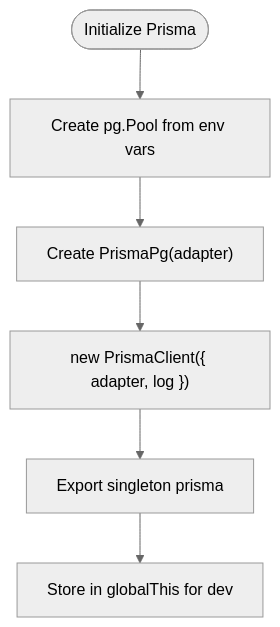
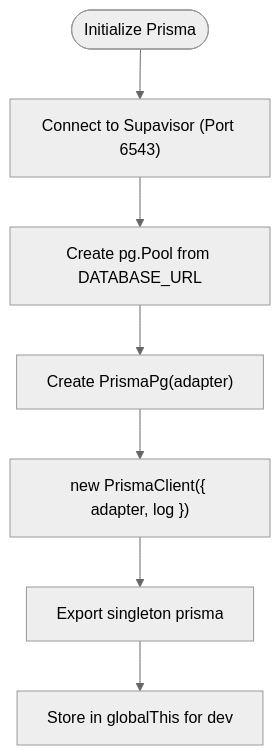
One commit to AlexKutz/math-app-next-js changed the fourth of 11 diagrams in .qoder/repowiki/en/content/Architecture & Design/Database Design & Integration.md. Above: the diagram before and after it, drawn with Mermaid (neutral theme). The commit also changed other lines of this file and 9 other files, not shown here.

````diff
--- a/.qoder/repowiki/en/content/Architecture & Design/Database Design & Integration.md
+++ b/.qoder/repowiki/en/content/Architecture & Design/Database Design & Integration.md
@@ -255,8 +280,9 @@
 ```mermaid
 flowchart TD
-Start(["Initialize Prisma"]) --> Pool["Create pg.Pool from env vars"]
+Start(["Initialize Prisma"]) --> Supavisor["Connect to Supavisor (Port 6543)"]
+Supavisor --> Pool["Create pg.Pool from DATABASE_URL"]
 Pool --> Adapter["Create PrismaPg(adapter)"]
 Adapter --> Client["new PrismaClient({ adapter, log })"]
 Client --> Export["Export singleton prisma"]
 Export --> Global["Store in globalThis for dev"]
 ```
````
